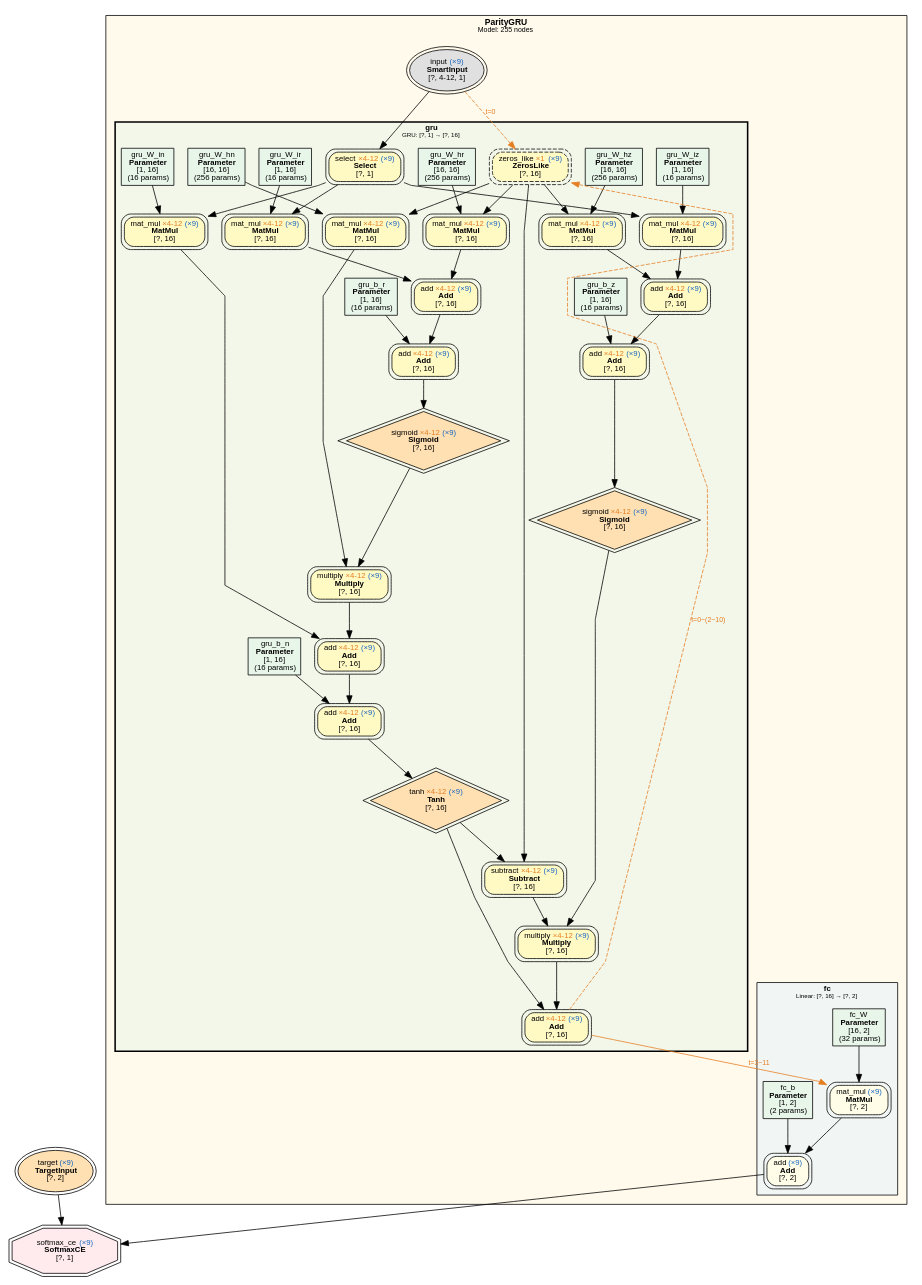
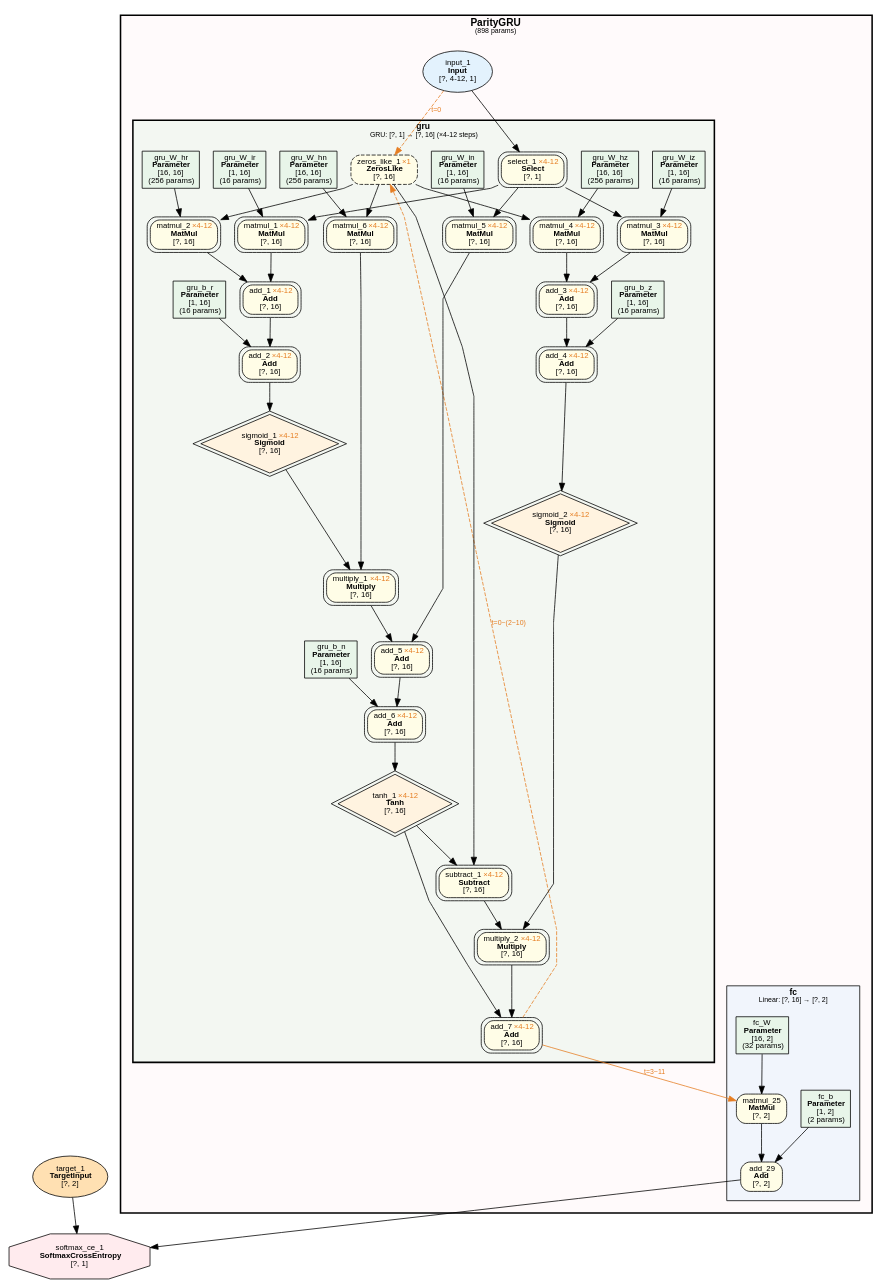
Before and after one commit to dbsxdbsx/only_torch: the diagram in examples/parity_gru_var_len/parity_gru_var_len.dot, drawn with Graphviz. The commit also changed 10 other files, not shown here.

First line of the commit message:
feat(examples): 迁移 GRU/LSTM 示例至动态图 API + 修复反馈边 bug

```diff
--- a/examples/parity_gru_var_len/parity_gru_var_len.dot
+++ b/examples/parity_gru_var_len/parity_gru_var_len.dot
@@ -1,117 +1,120 @@
-digraph Model {
+digraph ComputeGraph {
     rankdir=TB;
     newrank=true;
     splines=polyline;
     node [fontname="Microsoft YaHei,SimHei,Arial"];
     edge [fontname="Microsoft YaHei,SimHei,Arial"];
 
-    subgraph cluster_ParityGRU {
-        label=<<B>ParityGRU</B><BR/><FONT POINT-SIZE="9">Model: 255 nodes</FONT>>;
-        style=filled;
-        fillcolor="#FFECB340";
+    subgraph cluster_model_ParityGRU {
+        label=<<B>ParityGRU</B><BR/><FONT POINT-SIZE="9">(898 params)</FONT>>;
+        style="filled,bold";
+        fillcolor="#FFEBEE40";
         fontname="Microsoft YaHei,SimHei,Arial";
-        fontsize=11;
-        margin=12;
+        fontsize=13;
+        margin=16;
+
         subgraph cluster_ParityGRU_fc {
-            label=<<B>fc</B><BR/><FONT POINT-SIZE="8">Linear: [?, 16] → [?, 2]</FONT>>;
+            label=<<B>fc</B><BR/><FONT POINT-SIZE="9">Linear: [?, 16] → [?, 2]</FONT>>;
             style=filled;
             fillcolor="#E3F2FD80";
             fontname="Microsoft YaHei,SimHei,Arial";
-            fontsize=10;
-            margin=8;
-            "10" [label=<fc_W<BR/><B>Parameter</B><BR/>[16, 2]<BR/>(32 params)> shape=box style=filled fillcolor="#E8F5E9" fontsize=10];
-            "11" [label=<fc_b<BR/><B>Parameter</B><BR/>[1, 2]<BR/>(2 params)> shape=box style=filled fillcolor="#E8F5E9" fontsize=10];
-            "1502" [label=<mat_mul <FONT COLOR="#1565C0">(×9)</FONT><BR/><B>MatMul</B><BR/>[?, 2]> shape=box style="filled,rounded" fillcolor="#FFFDE7" peripheries=2 fontsize=10];
-            "1503" [label=<add <FONT COLOR="#1565C0">(×9)</FONT><BR/><B>Add</B><BR/>[?, 2]> shape=box style="filled,rounded" fillcolor="#FFFDE7" peripheries=2 fontsize=10];
+            fontsize=11;
+            margin=12;
+                "101543" [label=<add_29<BR/><B>Add</B><BR/>[?, 2]> shape=box style="filled,rounded" fillcolor="#FFFDE7" fontsize=10];
+                "101542" [label=<matmul_25<BR/><B>MatMul</B><BR/>[?, 2]> shape=box style="filled,rounded" fillcolor="#FFFDE7" fontsize=10];
+                "11" [label=<fc_b<BR/><B>Parameter</B><BR/>[1, 2]<BR/>(2 params)> shape=box style=filled fillcolor="#E8F5E9" fontsize=10];
+                "10" [label=<fc_W<BR/><B>Parameter</B><BR/>[16, 2]<BR/>(32 params)> shape=box style=filled fillcolor="#E8F5E9" fontsize=10];
         }
+
         subgraph cluster_ParityGRU_gru {
-            label=<<B>gru</B><BR/><FONT POINT-SIZE="8">GRU: [?, 1] → [?, 16]</FONT>>;
+            label=<<B>gru</B><BR/><FONT POINT-SIZE="9">GRU: [?, 1] → [?, 16] (×4-12 steps)</FONT>>;
             style="filled,bold";
             peripheries=3;
             penwidth=2;
             fillcolor="#E8F5E980";
             fontname="Microsoft YaHei,SimHei,Arial";
-            fontsize=10;
-            margin=8;
-            "1" [label=<gru_W_ir<BR/><B>Parameter</B><BR/>[1, 16]<BR/>(16 params)> shape=box style=filled fillcolor="#E8F5E9" fontsize=10];
-            "2" [label=<gru_W_hr<BR/><B>Parameter</B><BR/>[16, 16]<BR/>(256 params)> shape=box style=filled fillcolor="#E8F5E9" fontsize=10];
-            "3" [label=<gru_b_r<BR/><B>Parameter</B><BR/>[1, 16]<BR/>(16 params)> shape=box style=filled fillcolor="#E8F5E9" fontsize=10];
-            "4" [label=<gru_W_iz<BR/><B>Parameter</B><BR/>[1, 16]<BR/>(16 params)> shape=box style=filled fillcolor="#E8F5E9" fontsize=10];
-            "5" [label=<gru_W_hz<BR/><B>Parameter</B><BR/>[16, 16]<BR/>(256 params)> shape=box style=filled fillcolor="#E8F5E9" fontsize=10];
+            fontsize=11;
+            margin=12;
+            "9" [label=<gru_b_n<BR/><B>Parameter</B><BR/>[1, 16]<BR/>(16 params)> shape=box style=filled fillcolor="#E8F5E9" fontsize=10];
             "6" [label=<gru_b_z<BR/><B>Parameter</B><BR/>[1, 16]<BR/>(16 params)> shape=box style=filled fillcolor="#E8F5E9" fontsize=10];
             "7" [label=<gru_W_in<BR/><B>Parameter</B><BR/>[1, 16]<BR/>(16 params)> shape=box style=filled fillcolor="#E8F5E9" fontsize=10];
             "8" [label=<gru_W_hn<BR/><B>Parameter</B><BR/>[16, 16]<BR/>(256 params)> shape=box style=filled fillcolor="#E8F5E9" fontsize=10];
-            "9" [label=<gru_b_n<BR/><B>Parameter</B><BR/>[1, 16]<BR/>(16 params)> shape=box style=filled fillcolor="#E8F5E9" fontsize=10];
-            "1261" [label=<zeros_like <FONT COLOR="#E67E22">×1</FONT> <FONT COLOR="#1565C0">(×9)</FONT><BR/><B>ZerosLike</B><BR/>[?, 16]> shape=box style="filled,rounded,dashed" fillcolor="#FFF9C4" peripheries=2 fontsize=10];
-            "1262" [label=<select <FONT COLOR="#E67E22">×4-12</FONT> <FONT COLOR="#1565C0">(×9)</FONT><BR/><B>Select</B><BR/>[?, 1]> shape=box style="filled,rounded" fillcolor="#FFF9C4" peripheries=2 fontsize=10];
-            "1263" [label=<mat_mul <FONT COLOR="#E67E22">×4-12</FONT> <FONT COLOR="#1565C0">(×9)</FONT><BR/><B>MatMul</B><BR/>[?, 16]> shape=box style="filled,rounded" fillcolor="#FFF9C4" peripheries=2 fontsize=10];
-            "1264" [label=<mat_mul <FONT COLOR="#E67E22">×4-12</FONT> <FONT COLOR="#1565C0">(×9)</FONT><BR/><B>MatMul</B><BR/>[?, 16]> shape=box style="filled,rounded" fillcolor="#FFF9C4" peripheries=2 fontsize=10];
-            "1265" [label=<add <FONT COLOR="#E67E22">×4-12</FONT> <FONT COLOR="#1565C0">(×9)</FONT><BR/><B>Add</B><BR/>[?, 16]> shape=box style="filled,rounded" fillcolor="#FFF9C4" peripheries=2 fontsize=10];
-            "1266" [label=<add <FONT COLOR="#E67E22">×4-12</FONT> <FONT COLOR="#1565C0">(×9)</FONT><BR/><B>Add</B><BR/>[?, 16]> shape=box style="filled,rounded" fillcolor="#FFF9C4" peripheries=2 fontsize=10];
-            "1267" [label=<sigmoid <FONT COLOR="#E67E22">×4-12</FONT> <FONT COLOR="#1565C0">(×9)</FONT><BR/><B>Sigmoid</B><BR/>[?, 16]> shape=diamond style=filled fillcolor="#FFE0B2" peripheries=2 fontsize=10];
-            "1268" [label=<mat_mul <FONT COLOR="#E67E22">×4-12</FONT> <FONT COLOR="#1565C0">(×9)</FONT><BR/><B>MatMul</B><BR/>[?, 16]> shape=box style="filled,rounded" fillcolor="#FFF9C4" peripheries=2 fontsize=10];
-            "1269" [label=<mat_mul <FONT COLOR="#E67E22">×4-12</FONT> <FONT COLOR="#1565C0">(×9)</FONT><BR/><B>MatMul</B><BR/>[?, 16]> shape=box style="filled,rounded" fillcolor="#FFF9C4" peripheries=2 fontsize=10];
-            "1270" [label=<add <FONT COLOR="#E67E22">×4-12</FONT> <FONT COLOR="#1565C0">(×9)</FONT><BR/><B>Add</B><BR/>[?, 16]> shape=box style="filled,rounded" fillcolor="#FFF9C4" peripheries=2 fontsize=10];
-            "1271" [label=<add <FONT COLOR="#E67E22">×4-12</FONT> <FONT COLOR="#1565C0">(×9)</FONT><BR/><B>Add</B><BR/>[?, 16]> shape=box style="filled,rounded" fillcolor="#FFF9C4" peripheries=2 fontsize=10];
-            "1272" [label=<sigmoid <FONT COLOR="#E67E22">×4-12</FONT> <FONT COLOR="#1565C0">(×9)</FONT><BR/><B>Sigmoid</B><BR/>[?, 16]> shape=diamond style=filled fillcolor="#FFE0B2" peripheries=2 fontsize=10];
-            "1273" [label=<mat_mul <FONT COLOR="#E67E22">×4-12</FONT> <FONT COLOR="#1565C0">(×9)</FONT><BR/><B>MatMul</B><BR/>[?, 16]> shape=box style="filled,rounded" fillcolor="#FFF9C4" peripheries=2 fontsize=10];
-            "1274" [label=<mat_mul <FONT COLOR="#E67E22">×4-12</FONT> <FONT COLOR="#1565C0">(×9)</FONT><BR/><B>MatMul</B><BR/>[?, 16]> shape=box style="filled,rounded" fillcolor="#FFF9C4" peripheries=2 fontsize=10];
-            "1275" [label=<multiply <FONT COLOR="#E67E22">×4-12</FONT> <FONT COLOR="#1565C0">(×9)</FONT><BR/><B>Multiply</B><BR/>[?, 16]> shape=box style="filled,rounded" fillcolor="#FFF9C4" peripheries=2 fontsize=10];
-            "1276" [label=<add <FONT COLOR="#E67E22">×4-12</FONT> <FONT COLOR="#1565C0">(×9)</FONT><BR/><B>Add</B><BR/>[?, 16]> shape=box style="filled,rounded" fillcolor="#FFF9C4" peripheries=2 fontsize=10];
-            "1277" [label=<add <FONT COLOR="#E67E22">×4-12</FONT> <FONT COLOR="#1565C0">(×9)</FONT><BR/><B>Add</B><BR/>[?, 16]> shape=box style="filled,rounded" fillcolor="#FFF9C4" peripheries=2 fontsize=10];
-            "1278" [label=<tanh <FONT COLOR="#E67E22">×4-12</FONT> <FONT COLOR="#1565C0">(×9)</FONT><BR/><B>Tanh</B><BR/>[?, 16]> shape=diamond style=filled fillcolor="#FFE0B2" peripheries=2 fontsize=10];
-            "1279" [label=<subtract <FONT COLOR="#E67E22">×4-12</FONT> <FONT COLOR="#1565C0">(×9)</FONT><BR/><B>Subtract</B><BR/>[?, 16]> shape=box style="filled,rounded" fillcolor="#FFF9C4" peripheries=2 fontsize=10];
-            "1280" [label=<multiply <FONT COLOR="#E67E22">×4-12</FONT> <FONT COLOR="#1565C0">(×9)</FONT><BR/><B>Multiply</B><BR/>[?, 16]> shape=box style="filled,rounded" fillcolor="#FFF9C4" peripheries=2 fontsize=10];
-            "1281" [label=<add <FONT COLOR="#E67E22">×4-12</FONT> <FONT COLOR="#1565C0">(×9)</FONT><BR/><B>Add</B><BR/>[?, 16]> shape=box style="filled,rounded" fillcolor="#FFF9C4" peripheries=2 fontsize=10];
+            "4" [label=<gru_W_iz<BR/><B>Parameter</B><BR/>[1, 16]<BR/>(16 params)> shape=box style=filled fillcolor="#E8F5E9" fontsize=10];
+            "5" [label=<gru_W_hz<BR/><B>Parameter</B><BR/>[16, 16]<BR/>(256 params)> shape=box style=filled fillcolor="#E8F5E9" fontsize=10];
+            "3" [label=<gru_b_r<BR/><B>Parameter</B><BR/>[1, 16]<BR/>(16 params)> shape=box style=filled fillcolor="#E8F5E9" fontsize=10];
+            "1" [label=<gru_W_ir<BR/><B>Parameter</B><BR/>[1, 16]<BR/>(16 params)> shape=box style=filled fillcolor="#E8F5E9" fontsize=10];
+            "2" [label=<gru_W_hr<BR/><B>Parameter</B><BR/>[16, 16]<BR/>(256 params)> shape=box style=filled fillcolor="#E8F5E9" fontsize=10];
+            "101481" [label=<add_7 <FONT COLOR="#E67E22">×4-12</FONT><BR/><B>Add</B><BR/>[?, 16]> shape=box style="filled,rounded" fillcolor="#FFFDE7" fontsize=10 peripheries=2];
+            "101478" [label=<tanh_1 <FONT COLOR="#E67E22">×4-12</FONT><BR/><B>Tanh</B><BR/>[?, 16]> shape=diamond style=filled fillcolor="#FFF3E0" fontsize=10 peripheries=2];
+            "101480" [label=<multiply_2 <FONT COLOR="#E67E22">×4-12</FONT><BR/><B>Multiply</B><BR/>[?, 16]> shape=box style="filled,rounded" fillcolor="#FFFDE7" fontsize=10 peripheries=2];
+            "101477" [label=<add_6 <FONT COLOR="#E67E22">×4-12</FONT><BR/><B>Add</B><BR/>[?, 16]> shape=box style="filled,rounded" fillcolor="#FFFDE7" fontsize=10 peripheries=2];
+            "101472" [label=<sigmoid_2 <FONT COLOR="#E67E22">×4-12</FONT><BR/><B>Sigmoid</B><BR/>[?, 16]> shape=diamond style=filled fillcolor="#FFF3E0" fontsize=10 peripheries=2];
+            "101479" [label=<subtract_1 <FONT COLOR="#E67E22">×4-12</FONT><BR/><B>Subtract</B><BR/>[?, 16]> shape=box style="filled,rounded" fillcolor="#FFFDE7" fontsize=10 peripheries=2];
+            "101476" [label=<add_5 <FONT COLOR="#E67E22">×4-12</FONT><BR/><B>Add</B><BR/>[?, 16]> shape=box style="filled,rounded" fillcolor="#FFFDE7" fontsize=10 peripheries=2];
+            "101471" [label=<add_4 <FONT COLOR="#E67E22">×4-12</FONT><BR/><B>Add</B><BR/>[?, 16]> shape=box style="filled,rounded" fillcolor="#FFFDE7" fontsize=10 peripheries=2];
+            "101461" [label=<zeros_like_1 <FONT COLOR="#E67E22">×1</FONT><BR/><B>ZerosLike</B><BR/>[?, 16]> shape=box style="filled,rounded,dashed" fillcolor="#FFFDE7" fontsize=10];
+            "101473" [label=<matmul_5 <FONT COLOR="#E67E22">×4-12</FONT><BR/><B>MatMul</B><BR/>[?, 16]> shape=box style="filled,rounded" fillcolor="#FFFDE7" fontsize=10 peripheries=2];
+            "101475" [label=<multiply_1 <FONT COLOR="#E67E22">×4-12</FONT><BR/><B>Multiply</B><BR/>[?, 16]> shape=box style="filled,rounded" fillcolor="#FFFDE7" fontsize=10 peripheries=2];
+            "101470" [label=<add_3 <FONT COLOR="#E67E22">×4-12</FONT><BR/><B>Add</B><BR/>[?, 16]> shape=box style="filled,rounded" fillcolor="#FFFDE7" fontsize=10 peripheries=2];
+            "101462" [label=<select_1 <FONT COLOR="#E67E22">×4-12</FONT><BR/><B>Select</B><BR/>[?, 1]> shape=box style="filled,rounded" fillcolor="#FFFDE7" fontsize=10 peripheries=2];
+            "101467" [label=<sigmoid_1 <FONT COLOR="#E67E22">×4-12</FONT><BR/><B>Sigmoid</B><BR/>[?, 16]> shape=diamond style=filled fillcolor="#FFF3E0" fontsize=10 peripheries=2];
+            "101474" [label=<matmul_6 <FONT COLOR="#E67E22">×4-12</FONT><BR/><B>MatMul</B><BR/>[?, 16]> shape=box style="filled,rounded" fillcolor="#FFFDE7" fontsize=10 peripheries=2];
+            "101468" [label=<matmul_3 <FONT COLOR="#E67E22">×4-12</FONT><BR/><B>MatMul</B><BR/>[?, 16]> shape=box style="filled,rounded" fillcolor="#FFFDE7" fontsize=10 peripheries=2];
+            "101469" [label=<matmul_4 <FONT COLOR="#E67E22">×4-12</FONT><BR/><B>MatMul</B><BR/>[?, 16]> shape=box style="filled,rounded" fillcolor="#FFFDE7" fontsize=10 peripheries=2];
+            "101466" [label=<add_2 <FONT COLOR="#E67E22">×4-12</FONT><BR/><B>Add</B><BR/>[?, 16]> shape=box style="filled,rounded" fillcolor="#FFFDE7" fontsize=10 peripheries=2];
+            "101465" [label=<add_1 <FONT COLOR="#E67E22">×4-12</FONT><BR/><B>Add</B><BR/>[?, 16]> shape=box style="filled,rounded" fillcolor="#FFFDE7" fontsize=10 peripheries=2];
+            "101463" [label=<matmul_1 <FONT COLOR="#E67E22">×4-12</FONT><BR/><B>MatMul</B><BR/>[?, 16]> shape=box style="filled,rounded" fillcolor="#FFFDE7" fontsize=10 peripheries=2];
+            "101464" [label=<matmul_2 <FONT COLOR="#E67E22">×4-12</FONT><BR/><B>MatMul</B><BR/>[?, 16]> shape=box style="filled,rounded" fillcolor="#FFFDE7" fontsize=10 peripheries=2];
         }
-            "1260" [label=<input <FONT COLOR="#1565C0">(×9)</FONT><BR/><B>SmartInput</B><BR/>[?, 4-12, 1]> shape=ellipse style=filled fillcolor="#E0E0E0" peripheries=2 fontsize=10];
+
+        "101460" [label=<input_1<BR/><B>Input</B><BR/>[?, 4-12, 1]> shape=ellipse style=filled fillcolor="#E3F2FD" fontsize=10];
     }
 
-    "1504" [label=<target <FONT COLOR="#1565C0">(×9)</FONT><BR/><B>TargetInput</B><BR/>[?, 2]> shape=ellipse style=filled fillcolor="#FFE0B2" peripheries=2 fontsize=10];
-    "1505" [label=<softmax_ce <FONT COLOR="#1565C0">(×9)</FONT><BR/><B>SoftmaxCE</B><BR/>[?, 1]> shape=octagon style=filled fillcolor="#FFEBEE" peripheries=2 fontsize=10];
+    "101545" [label=<softmax_ce_1<BR/><B>SoftmaxCrossEntropy</B><BR/>[?, 1]> shape=octagon style=filled fillcolor="#FFEBEE" fontsize=10];
+    "101544" [label=<target_1<BR/><B>TargetInput</B><BR/>[?, 2]> shape=ellipse style=filled fillcolor="#FFE0B2" fontsize=10];
 
-    "1260" -> "1262";
-    "1262" -> "1263";
-    "1" -> "1263";
-    "1261" -> "1264";
-    "2" -> "1264";
-    "1263" -> "1265";
-    "1264" -> "1265";
-    "1265" -> "1266";
-    "3" -> "1266";
-    "1266" -> "1267";
-    "1262" -> "1268";
-    "4" -> "1268";
-    "1261" -> "1269";
-    "5" -> "1269";
-    "1268" -> "1270";
-    "1269" -> "1270";
-    "1270" -> "1271";
-    "6" -> "1271";
-    "1271" -> "1272";
-    "1262" -> "1273";
-    "7" -> "1273";
-    "1261" -> "1274";
-    "8" -> "1274";
-    "1267" -> "1275";
-    "1274" -> "1275";
-    "1273" -> "1276";
-    "1275" -> "1276";
-    "1276" -> "1277";
-    "9" -> "1277";
-    "1277" -> "1278";
-    "1261" -> "1279";
-    "1278" -> "1279";
-    "1272" -> "1280";
-    "1279" -> "1280";
-    "1278" -> "1281";
-    "1280" -> "1281";
-    "1281" -> "1502" [color="#E67E22" label=<t=3~11> fontcolor="#E67E22" fontsize=9];
-    "10" -> "1502";
-    "1502" -> "1503";
-    "11" -> "1503";
-    "1503" -> "1505";
-    "1504" -> "1505";
-    "1260" -> "1261" [style=dashed color="#E67E22" label=<t=0> fontcolor="#E67E22" fontsize=9];
-    "1281" -> "1261" [style=dashed color="#E67E22" label=<t=0~(2~10)> fontcolor="#E67E22" fontsize=9 constraint=false];
+    "101543" -> "101545";
+    "101544" -> "101545";
+    "101542" -> "101543";
+    "11" -> "101543";
+    "101481" -> "101542" [color="#E67E22" label=<t=3~11> fontcolor="#E67E22" fontsize=9];
+    "10" -> "101542";
+    "101478" -> "101481";
+    "101480" -> "101481";
+    "101477" -> "101478";
+    "101472" -> "101480";
+    "101479" -> "101480";
+    "101476" -> "101477";
+    "9" -> "101477";
+    "101471" -> "101472";
+    "101461" -> "101479";
+    "101478" -> "101479";
+    "101473" -> "101476";
+    "101475" -> "101476";
+    "101470" -> "101471";
+    "6" -> "101471";
+    "101460" -> "101461" [style=dashed color="#E67E22" label=<t=0> fontcolor="#E67E22" fontsize=9];
+    "101462" -> "101473";
+    "7" -> "101473";
+    "101467" -> "101475";
+    "101474" -> "101475";
+    "101468" -> "101470";
+    "101469" -> "101470";
+    "101460" -> "101462";
+    "101466" -> "101467";
+    "101461" -> "101474";
+    "8" -> "101474";
+    "101462" -> "101468";
+    "4" -> "101468";
+    "101461" -> "101469";
+    "5" -> "101469";
+    "101465" -> "101466";
+    "3" -> "101466";
+    "101463" -> "101465";
+    "101464" -> "101465";
+    "101462" -> "101463";
+    "1" -> "101463";
+    "101461" -> "101464";
+    "2" -> "101464";
+    "101481" -> "101461" [style=dashed color="#E67E22" label=<t=0~(2~10)> fontcolor="#E67E22" fontsize=9 constraint=false];
 }
```
